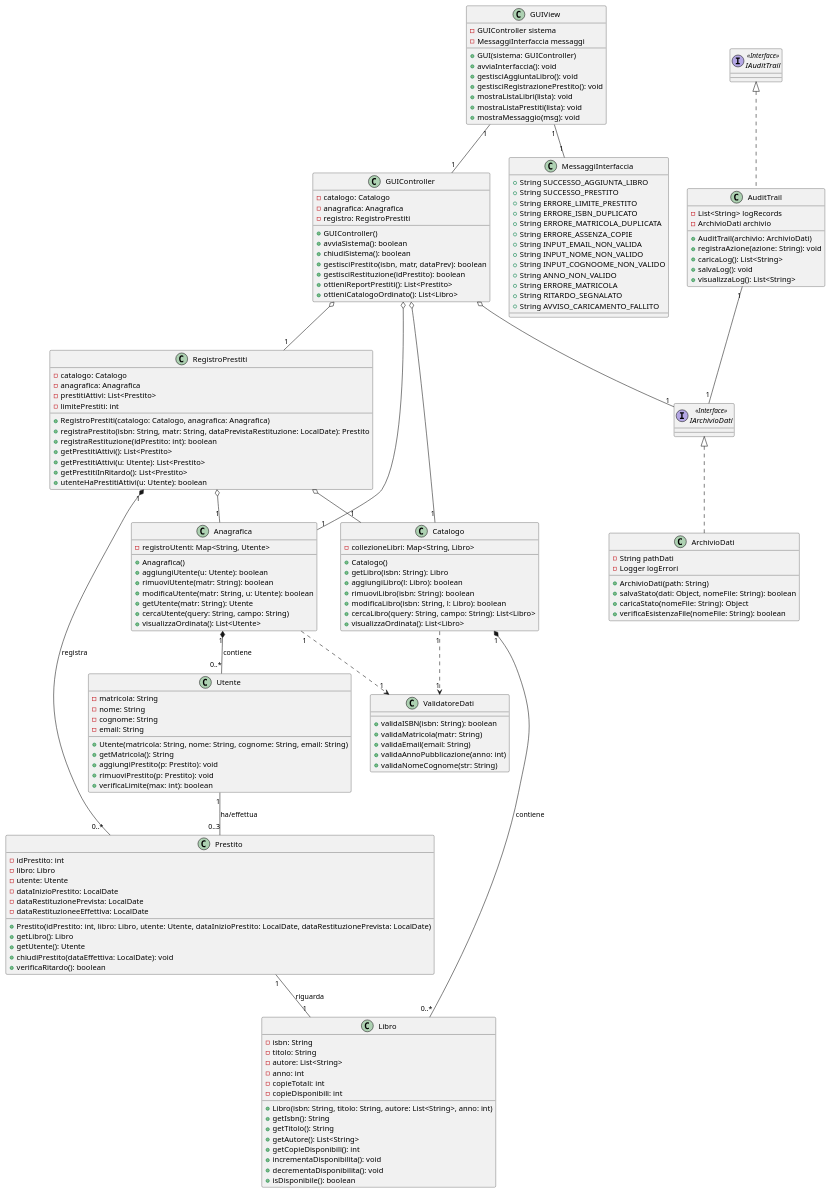
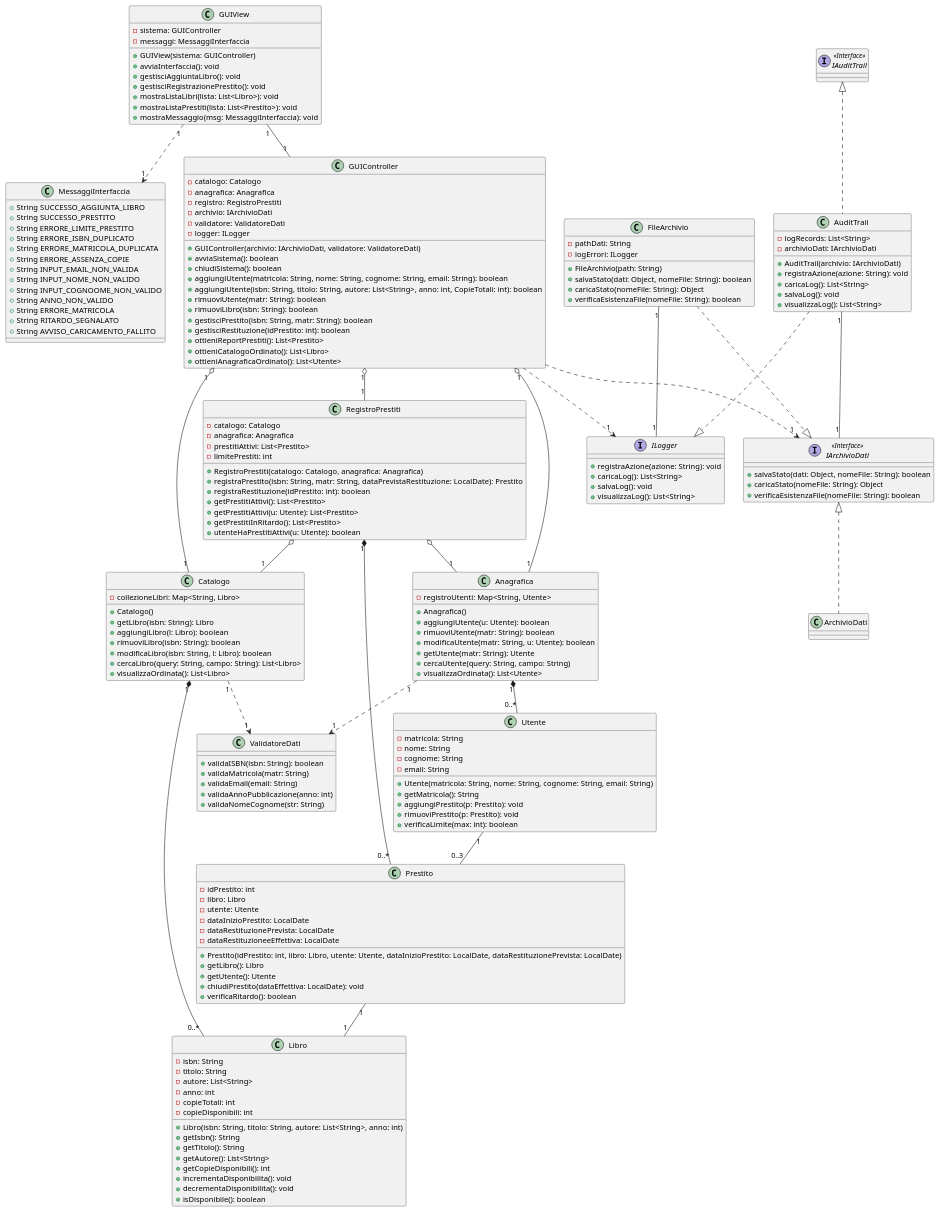
Before and after one commit to c-dilieto4/Progetto-Biblioteca: the diagram in Biblioteca/src/main/UML Class Diagram/Class Diagram.puml, drawn with PlantUML.

Commit message:
Update Class Diagram

```diff
--- a/Biblioteca/src/main/UML Class Diagram/Class Diagram.puml
+++ b/Biblioteca/src/main/UML Class Diagram/Class Diagram.puml
@@ -83,29 +83,50 @@
   -catalogo: Catalogo 
   -anagrafica: Anagrafica 
   -registro: RegistroPrestiti 
-  +GUIController()
+  -archivio: IArchivioDati
+  -validatore: ValidatoreDati
+  -logger: ILogger
+  +GUIController(archivio: IArchivioDati, validatore: ValidatoreDati)
   +avviaSistema(): boolean
   +chiudiSistema(): boolean
-  +gestisciPrestito(isbn, matr, dataPrev): boolean
-  +gestisciRestituzione(idPrestito): boolean
+  +aggiungiUtente(matricola: String, nome: String, cognome: String, email: String): boolean
+  +aggiungiUtente(isbn: String, titolo: String, autore: List<String>, anno: int, CopieTotali: int): boolean
+  +rimuoviUtente(matr: String): boolean
+  +rimuoviLibro(isbn: String): boolean 
+  +gestisciPrestito(isbn: String, matr: String): boolean
+  +gestisciRestituzione(idPrestito: int): boolean
   +ottieniReportPrestiti(): List<Prestito>
   +ottieniCatalogoOrdinato(): List<Libro>
+  +ottieniAnagraficaOrdinato(): List<Utente>
 }
 
-class AuditTrail {
-  -List<String> logRecords
-  -ArchivioDati archivio
-  +AuditTrail(archivio: ArchivioDati)
+interface IArchivioDati{
+   +salvaStato(dati: Object, nomeFile: String): boolean
+   +caricaStato(nomeFile: String): Object
+   +verificaEsistenzaFile(nomeFile: String): boolean
+}
+
+interface ILogger{
   +registraAzione(azione: String): void
   +caricaLog(): List<String>
   +salvaLog(): void
   +visualizzaLog(): List<String>
 }
 
-class ArchivioDati {
-  -String pathDati
-  -Logger logErrori
-  +ArchivioDati(path: String)
+class AuditTrail {
+  -logRecords: List<String>
+  -archivioDati: IArchivioDati
+  +AuditTrail(archivio: IArchivioDati)
+  +registraAzione(azione: String): void
+  +caricaLog(): List<String>
+  +salvaLog(): void
+  +visualizzaLog(): List<String>
+}
+
+class FileArchivio {
+  -pathDati: String
+  -logErrori: ILogger
+  +FileArchivio(path: String)
   +salvaStato(dati: Object, nomeFile: String): boolean
   +caricaStato(nomeFile: String): Object
   +verificaEsistenzaFile(nomeFile: String): boolean
@@ -120,15 +141,15 @@
 }
 
 class GUIView {
-  -GUIController sistema
-  -MessaggiInterfaccia messaggi
-  +GUI(sistema: GUIController)
+  -sistema: GUIController
+  -messaggi: MessaggiInterfaccia
+  +GUIView(sistema: GUIController)
   +avviaInterfaccia(): void
   +gestisciAggiuntaLibro(): void
   +gestisciRegistrazionePrestito(): void
-  +mostraListaLibri(lista): void
-  +mostraListaPrestiti(lista): void
-  +mostraMessaggio(msg): void
+  +mostraListaLibri(lista: List<Libro>): void
+  +mostraListaPrestiti(lista: List<Prestito>): void
+  +mostraMessaggio(msg: MessaggiInterfaccia): void
 }
 
 class MessaggiInterfaccia {
@@ -157,33 +178,39 @@
 
 ' Correzione delle Relazioni
 ' Composizione
-Catalogo "1" *-- "0..*" Libro : contiene
-Anagrafica "1" *-- "0..*" Utente : contiene
-RegistroPrestiti "1" *-- "0..*" Prestito : registra
+Catalogo "1" *-- "0..*" Libro
+Anagrafica "1" *-- "0..*" Utente
+RegistroPrestiti "1" *-- "0..*" Prestito
 
 ' Associazione (Utente-Prestito)
-Prestito "1" -- "1" Libro : riguarda
-Utente "1" -- "0..3" Prestito : ha/effettua
+Prestito "1" -- "1" Libro
+Utente "1" -- "0..3" Prestito
 
 ' Aggregazione (GUIController usa i componenti principali)
-GUIController o-- "1" Catalogo
-GUIController o-- "1" Anagrafica
-GUIController o-- "1" RegistroPrestiti
+GUIController "1" o-- "1" Catalogo
+GUIController "1" o-- "1" Anagrafica
+GUIController "1" o-- "1" RegistroPrestiti
+
+' Implementazione
+AuditTrail ..|> ILogger
+FileArchivio ..|> IArchivioDati
 
 ' Aggregazione (RegistroPrestiti usa i cataloghi)
 RegistroPrestiti o-- "1" Catalogo
 RegistroPrestiti o-- "1" Anagrafica
 
 ' Dipendenza / Uso
-GUIController o-- "1" IArchivioDati
 AuditTrail "1" -- "1" IArchivioDati
+FileArchivio "1" -- "1" ILogger
 GUIView "1" -- "1" GUIController
+GUIController ..> "1" IArchivioDati
+GUIController ..> "1" ILogger
 
 ' Dipendenza con il Validatore (Usa)
 Catalogo "1" ..> "1" ValidatoreDati
 Anagrafica "1" ..> "1" ValidatoreDati
 
-' Associazione tra View e Messaggi
-GUIView "1" -- "1" MessaggiInterfaccia
+' Dipendenza View con MessaggiInterfaccia
+GUIView "1" ..> "1" MessaggiInterfaccia
 
 @enduml
```
